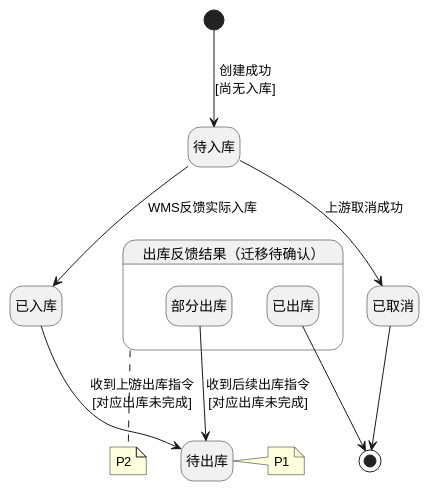
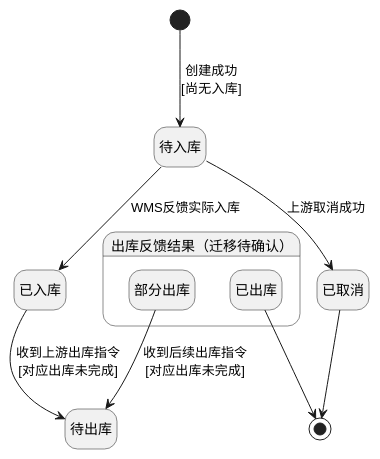
The fourth of 4 diagrams in product-caliber/goldjet/segmented-prd/PRD.高捷物流系统一期.第020篇.仓库-仓库订单管理.A77FC65070.md (jack888332/projects-doc), drawn with PlantUML before and after one commit. The commit also changed other lines of this file and 24 other files, not shown here.

````diff
--- a/product-caliber/goldjet/segmented-prd/PRD.高捷物流系统一期.第020篇.仓库-仓库订单管理.A77FC65070.md
+++ b/product-caliber/goldjet/segmented-prd/PRD.高捷物流系统一期.第020篇.仓库-仓库订单管理.A77FC65070.md
@@ -323,23 +322,21 @@
 ```plantuml
 @startuml goldjet-020-state-warehouse-order
 hide empty description
 state "待入库" as WaitingIn
 state "已入库" as Stored
 state "待出库" as WaitingOut
 state "出库反馈结果（迁移待确认）" as OutputStates {
   state "部分出库" as PartlyOut
   state "已出库" as Out
 }
 state "已取消" as Cancelled
 
 [*] --> WaitingIn : 创建成功\n[尚无入库]
 WaitingIn --> Stored : WMS反馈实际入库
 WaitingIn --> Cancelled : 上游取消成功
 Stored --> WaitingOut : 收到上游出库指令\n[对应出库未完成]
 PartlyOut --> WaitingOut : 收到后续出库指令\n[对应出库未完成]
 Cancelled --> [*]
 Out --> [*]
-note right of WaitingOut : P1
-note bottom of OutputStates : P2
 @enduml
 ```
````
